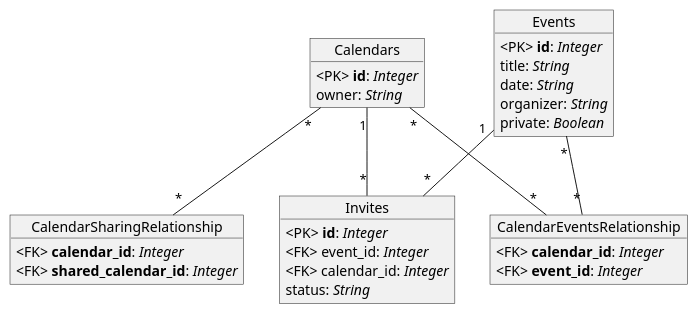
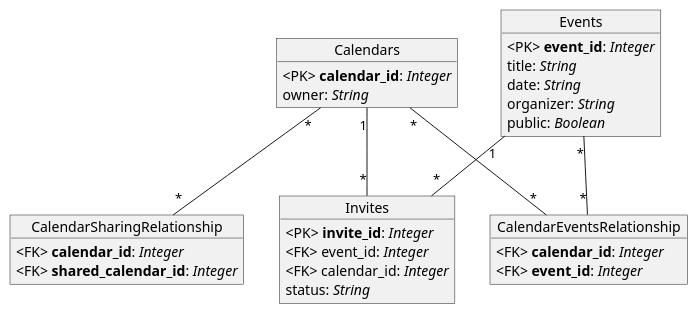
The diagram in calendardb .pu (LarsDeLeeuw/DS2024-2), drawn with PlantUML before and after one commit. The commit also changed 16 other files, not shown here.

```diff
--- a/calendardb .pu
+++ b/calendardb .pu
@@ -1,42 +1,42 @@
 @startuml "Calendar Database Models"
 
 object "Calendars" as C {
-    <PK> **id**: //Integer//
+    <PK> **calendar_id**: //Integer//
     owner: //String//
 }
 
 object "CalendarSharingRelationship" as CSR {
     <FK> **calendar_id**: //Integer//
     <FK> **shared_calendar_id**: //Integer//
 }
 
 object "CalendarEventsRelationship" as CER {
     <FK> **calendar_id**: //Integer//
     <FK> **event_id**: //Integer//
 }
 
 object "Events" as E {
-    <PK> **id**: //Integer//
+    <PK> **event_id**: //Integer//
     title: //String//
     date: //String//
     organizer: //String//
-    private: //Boolean//
+    public: //Boolean//
 }
 
 object "Invites" as I {
-    <PK> **id**: //Integer//
+    <PK> **invite_id**: //Integer//
     <FK> event_id: //Integer//
     <FK> calendar_id: //Integer//
     status: //String//
 }
 
 ' The calendars who you shared with
 C "*" -- "*" CSR
 ' The (maybe) participating events
 C "*" -- "*" CER
 E "*" -- "*" CER
 ' The invites of an event
 E "1" -- "*" I
 C "1" -- "*" I
 
 @enduml
```
